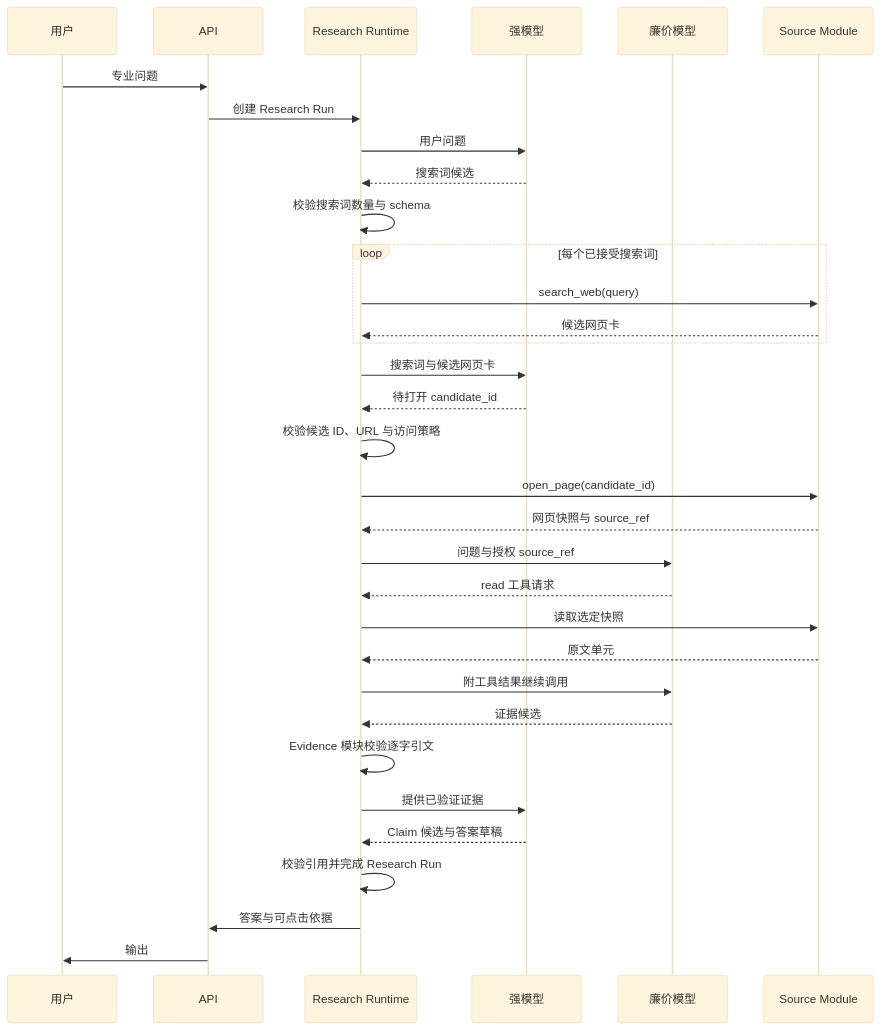
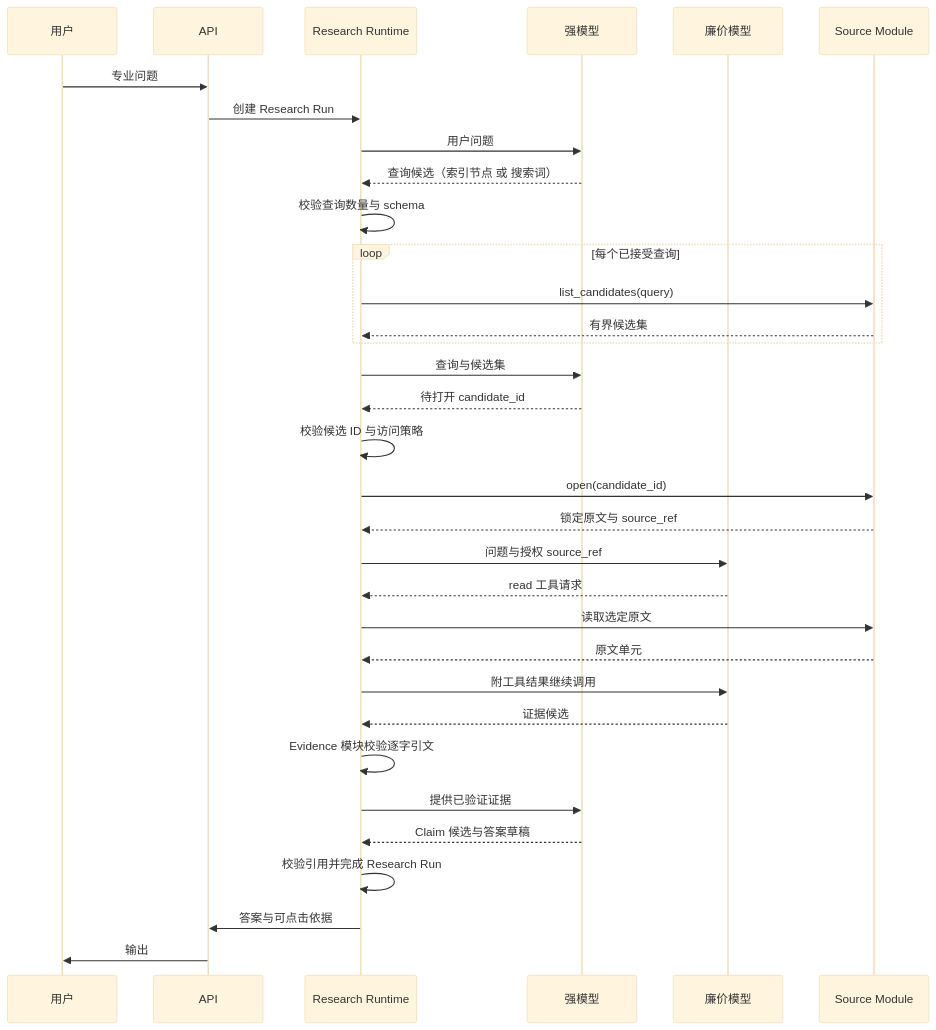
One commit to SuperCatQR/traceable-research-runtime changed the second of 2 diagrams in docs/architecture.md. Above: the diagram before and after it, drawn with Mermaid (base theme). The commit also changed other lines of this file and 1 other file, not shown here.

Commit message:
docs: design two source architectures (structured DB / web search) over a shared spine

````diff
--- a/docs/architecture.md
+++ b/docs/architecture.md
@@ -173,36 +218,36 @@
 ```mermaid
 sequenceDiagram
     participant U as 用户
     participant A as API
     participant R as Research Runtime
     participant S as 强模型
     participant C as 廉价模型
     participant SI as Source Module
 
     U->>A: 专业问题
     A->>R: 创建 Research Run
     R->>S: 用户问题
-    S-->>R: 搜索词候选
-    R->>R: 校验搜索词数量与 schema
-    loop 每个已接受搜索词
-        R->>SI: search_web(query)
-        SI-->>R: 候选网页卡
+    S-->>R: 查询候选（索引节点 或 搜索词）
+    R->>R: 校验查询数量与 schema
+    loop 每个已接受查询
+        R->>SI: list_candidates(query)
+        SI-->>R: 有界候选集
     end
-    R->>S: 搜索词与候选网页卡
+    R->>S: 查询与候选集
     S-->>R: 待打开 candidate_id
-    R->>R: 校验候选 ID、URL 与访问策略
-    R->>SI: open_page(candidate_id)
-    SI-->>R: 网页快照与 source_ref
+    R->>R: 校验候选 ID 与访问策略
+    R->>SI: open(candidate_id)
+    SI-->>R: 锁定原文与 source_ref
     R->>C: 问题与授权 source_ref
     C-->>R: read 工具请求
-    R->>SI: 读取选定快照
+    R->>SI: 读取选定原文
     SI-->>R: 原文单元
     R->>C: 附工具结果继续调用
     C-->>R: 证据候选
     R->>R: Evidence 模块校验逐字引文
     R->>S: 提供已验证证据
     S-->>R: Claim 候选与答案草稿
     R->>R: 校验引用并完成 Research Run
     R->>A: 答案与可点击依据
     A->>U: 输出
 ```
````
